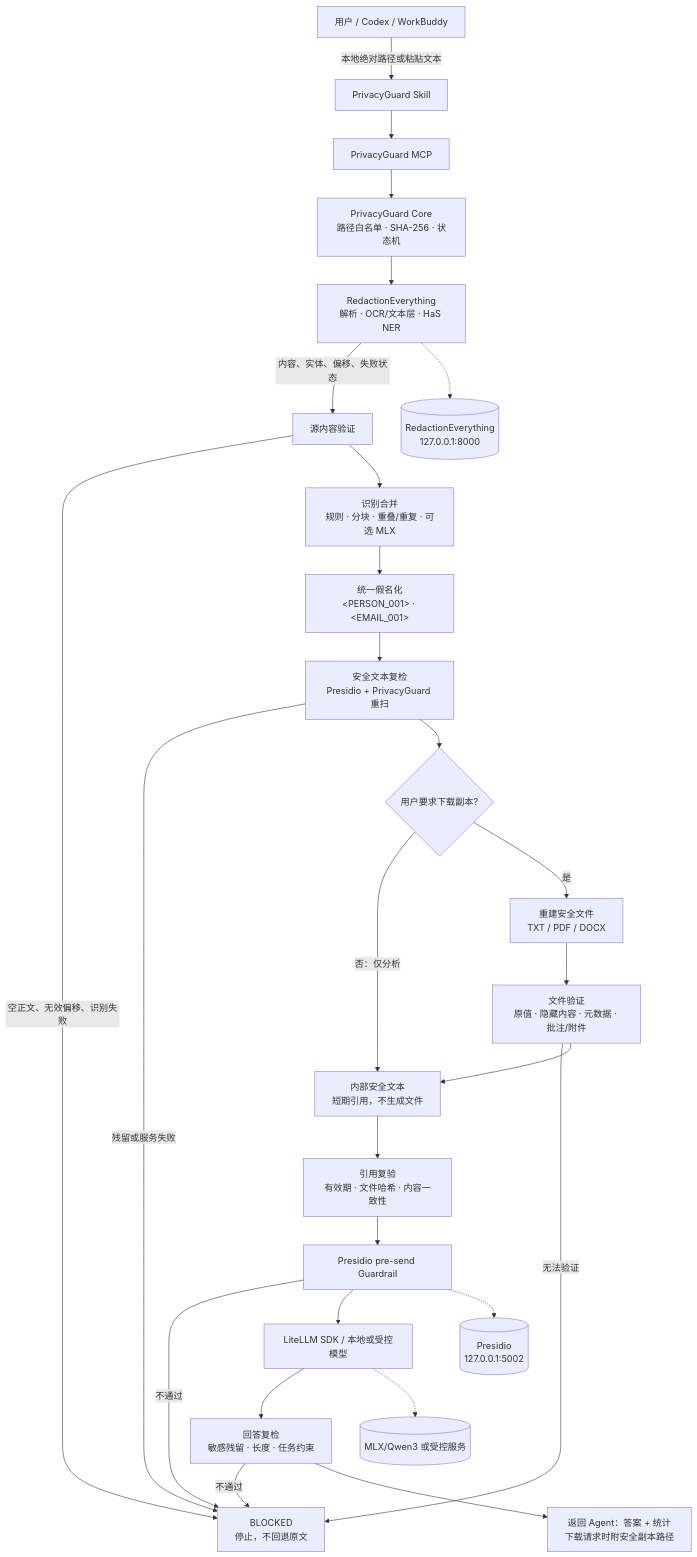
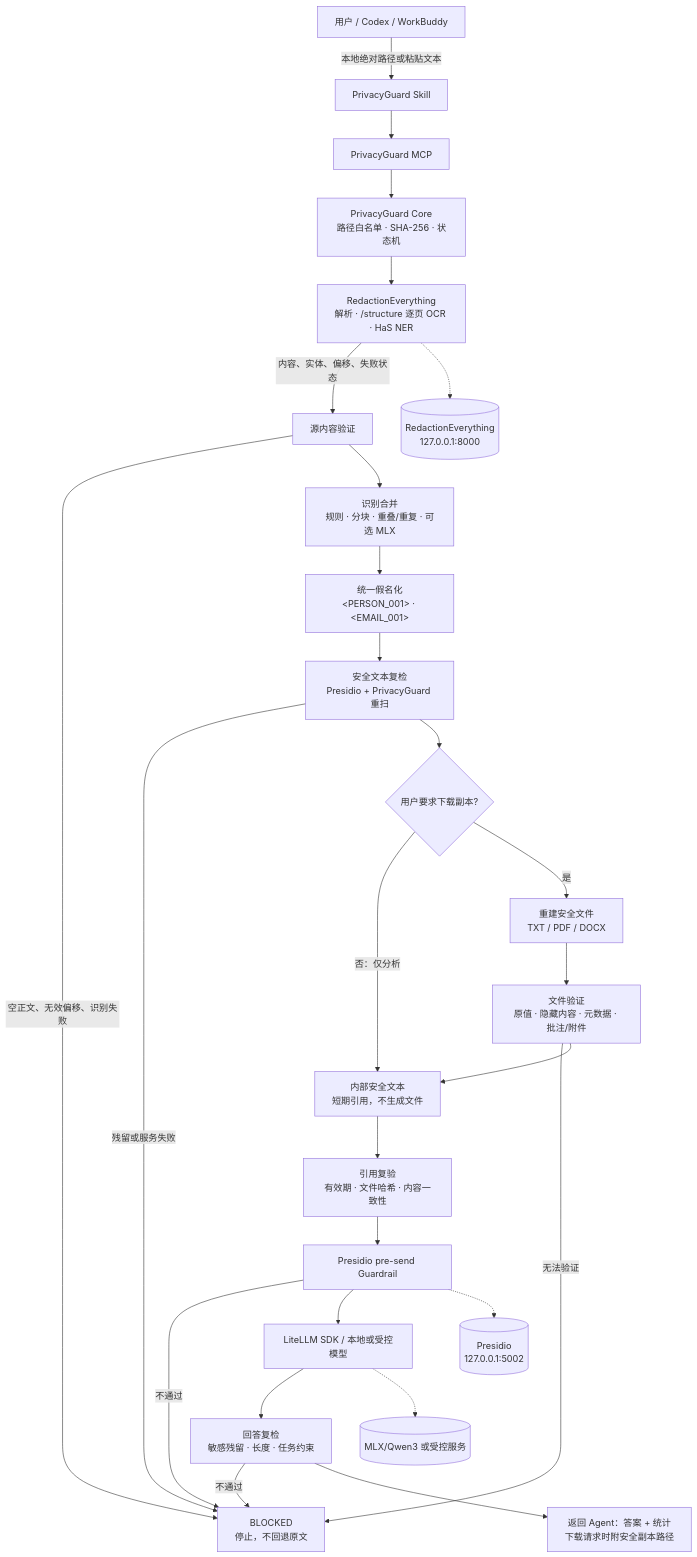
The diagram in README.md (bseazh/PrivacyGuard), drawn with Mermaid before and after one commit. The commit also changed other lines of this file and 21 other files, not shown here.

````diff
--- a/README.md
+++ b/README.md
@@ -21,29 +21,29 @@
 ```mermaid
 flowchart TB
     U[用户 / Codex / WorkBuddy] -->|本地绝对路径或粘贴文本| S[PrivacyGuard Skill]
     S --> M[PrivacyGuard MCP]
     M --> P[PrivacyGuard Core<br/>路径白名单 · SHA-256 · 状态机]
-    P --> R[RedactionEverything<br/>解析 · OCR/文本层 · HaS NER]
+    P --> R[RedactionEverything<br/>解析 · /structure 逐页 OCR · HaS NER]
     R -->|内容、实体、偏移、失败状态| V[源内容验证]
     V -->|空正文、无效偏移、识别失败| X[BLOCKED<br/>停止，不回退原文]
     V --> N[识别合并<br/>规则 · 分块 · 重叠/重复 · 可选 MLX]
     N --> A[统一假名化<br/>&lt;PERSON_001&gt; · &lt;EMAIL_001&gt;]
     A --> Q[安全文本复检<br/>Presidio + PrivacyGuard 重扫]
     Q -->|残留或服务失败| X
     Q --> D{用户要求下载副本?}
     D -->|否：仅分析| T[内部安全文本<br/>短期引用，不生成文件]
     D -->|是| E[重建安全文件<br/>TXT / PDF / DOCX]
     E --> F[文件验证<br/>原值 · 隐藏内容 · 元数据 · 批注/附件]
     F -->|无法验证| X
     F --> T
     T --> G[引用复验<br/>有效期 · 文件哈希 · 内容一致性]
     G --> H[Presidio pre-send Guardrail]
     H -->|不通过| X
     H --> L[LiteLLM SDK / 本地或受控模型]
     L --> O[回答复检<br/>敏感残留 · 长度 · 任务约束]
     O -->|不通过| X
     O --> Z[返回 Agent：答案 + 统计<br/>下载请求时附安全副本路径]
     R -.-> W[(RedactionEverything<br/>127.0.0.1:8000)]
     H -.-> C[(Presidio<br/>127.0.0.1:5002)]
     L -.-> Y[(MLX/Qwen3 或受控服务)]
 ```
````
